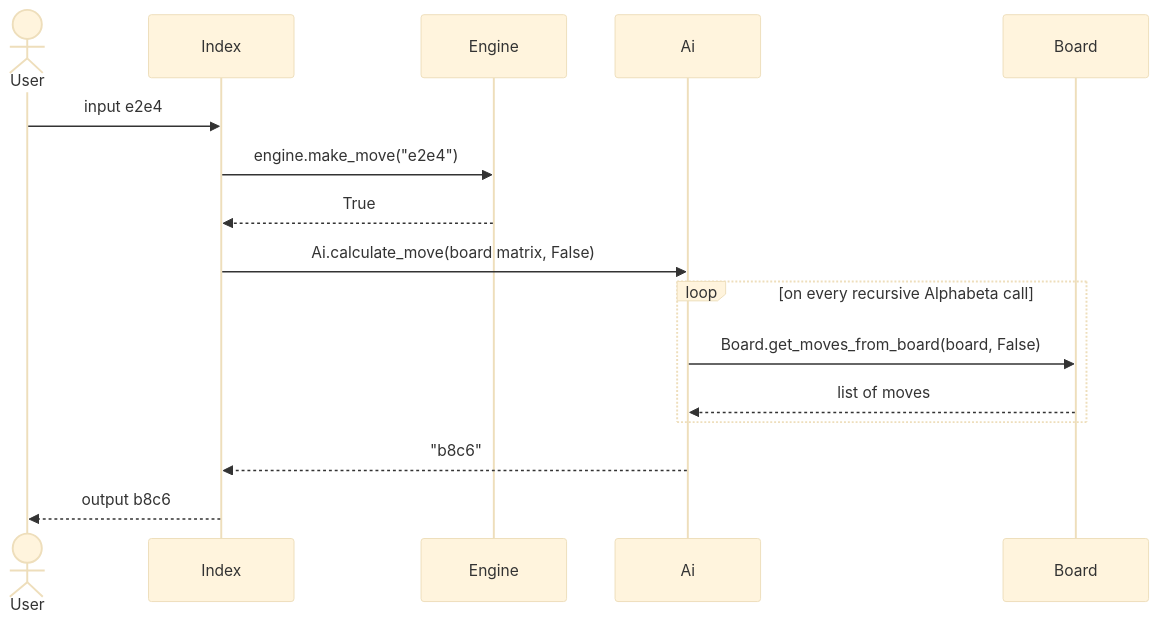
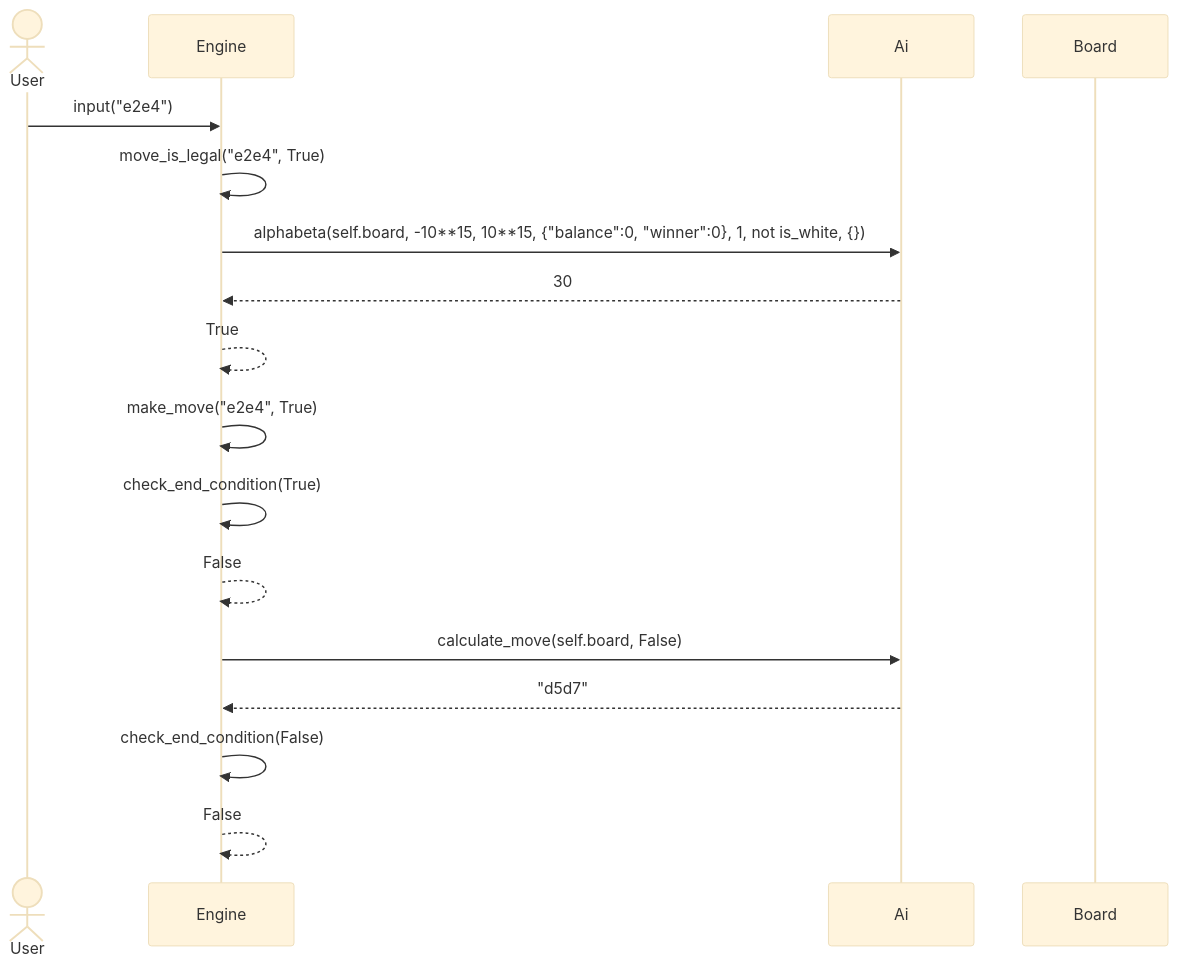
The first of 2 diagrams in documentation/implementation.md (rikumat/chess-engine), drawn with Mermaid (base theme) before and after one commit. The commit also changed other lines of this file, not shown here.

````diff
--- a/documentation/implementation.md
+++ b/documentation/implementation.md
@@ -28,19 +28,24 @@
 ```mermaid
 sequenceDiagram
   actor User
-  participant Index
   participant Engine
   participant Ai
   participant Board
 
-User ->> Index:input e2e4
-Index ->> Engine: engine.make_move("e2e4")
-Engine -->> Index: True
-Index ->> Ai: Ai.calculate_move(board matrix, False)
-loop on every recursive Alphabeta call
-  Ai ->> Board: Board.get_moves_from_board(board, False)
-  Board -->> Ai: list of moves
-    end
-Ai -->> Index: "b8c6"
-Index -->> User: output b8c6
+  User ->> Engine: input("e2e4")
+  Engine ->> Engine: move_is_legal("e2e4", True)
+  Engine ->> Ai: alphabeta(self.board, -10**15, 10**15, {"balance":0, "winner":0}, 1, not is_white, {})
+  Ai -->> Engine: 30
+  Engine -->> Engine: True
+  Engine ->> Engine: make_move("e2e4", True)
+  Engine ->> Engine: check_end_condition(True)
+  Engine -->> Engine: False
+  Engine ->> Ai: calculate_move(self.board, False)
+  Ai -->> Engine: "d5d7"
+  Engine ->> Engine: check_end_condition(False)
+  Engine -->> Engine: False
+  
+  
+  
+  
   ```
````
